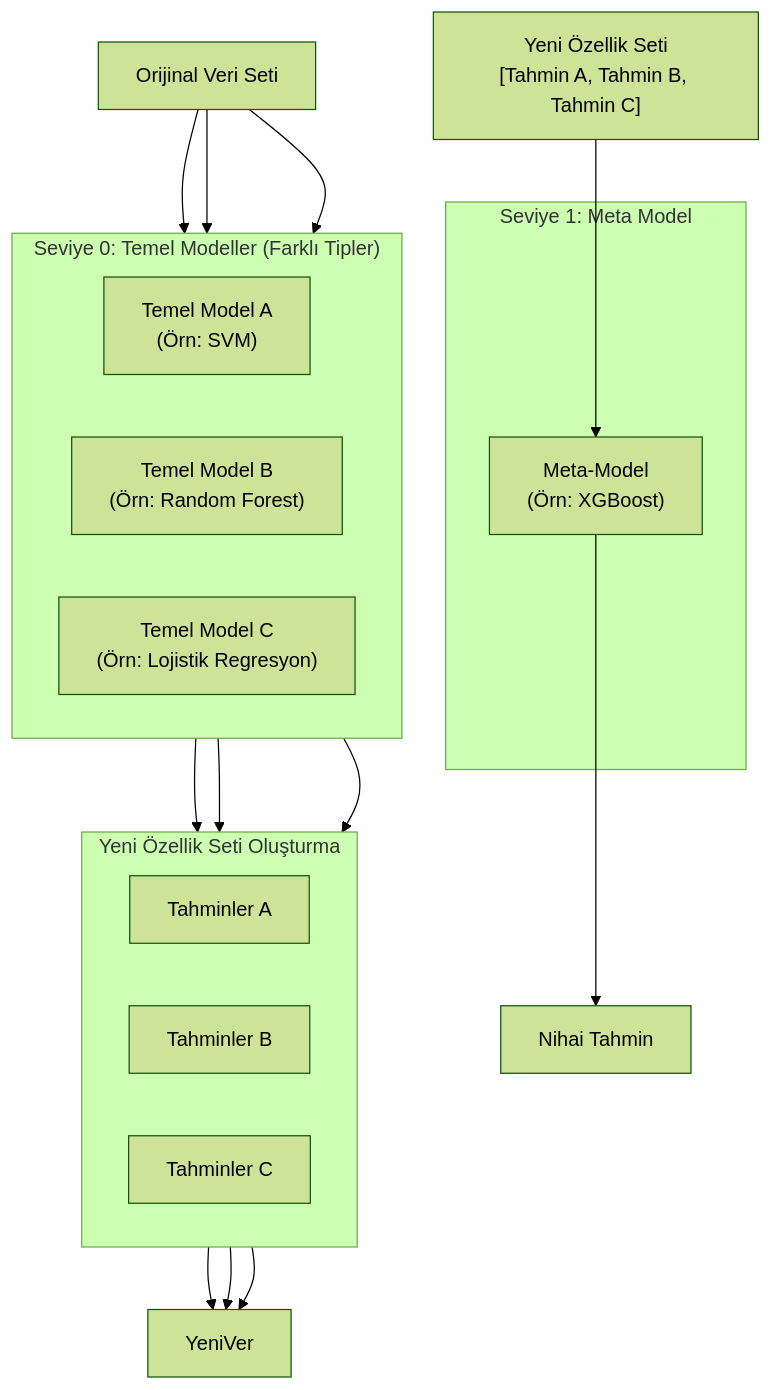
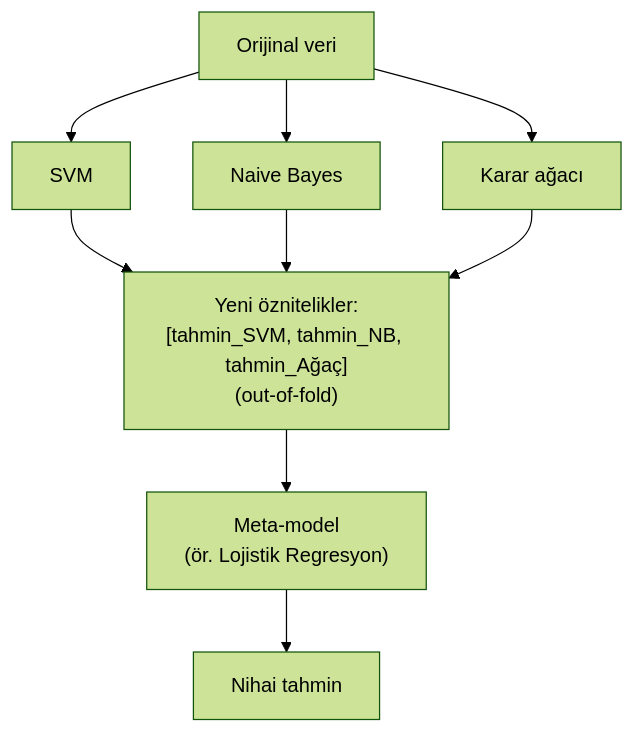
Before and after one commit to erkanozhan/machinelearning: the eighth of 12 diagrams in Ders_Notu.md, drawn with Mermaid (forest theme). The commit also changed other lines of this file and 50 other files, not shown here.

````diff
--- a/Ders_Notu.md
+++ b/Ders_Notu.md
@@ -1593,40 +1994,11 @@
 ```mermaid
 graph TD
-    A["Orijinal Veri Seti"]
-
-    subgraph "Seviye 0: Temel Modeller (Farklı Tipler)"
-        direction LR
-        M1["Temel Model A<br/>(Örn: SVM)"]
-        M2["Temel Model B<br/>(Örn: Random Forest)"]
-        M3["Temel Model C<br/>(Örn: Lojistik Regresyon)"]
-    end
-
-    A --> M1
-    A --> M2
-    A --> M3
-
-    subgraph "Yeni Özellik Seti Oluşturma"
-        direction LR
-        P1["Tahminler A"]
-        P2["Tahminler B"]
-        P3["Tahminler C"]
-    end
-
-    M1 --> P1
-    M2 --> P2
-    M3 --> P3
-
-    YeniVeri["Yeni Özellik Seti<br/>[Tahmin A, Tahmin B, Tahmin C]"]
-
-    P1 & P2 & P3 --> YeniVer
-
-    subgraph "Seviye 1: Meta Model"
-        Meta["Meta-Model<br/>(Örn: XGBoost)"]
-    end
-
-    YeniVeri --> Meta
-
-    Final["Nihai Tahmin"]
-
-    Meta --> Final
+    A["Orijinal veri"] --> M1["SVM"]
+    A --> M2["Naive Bayes"]
+    A --> M3["Karar ağacı"]
+    M1 --> P["Yeni öznitelikler:<br/>[tahmin_SVM, tahmin_NB, tahmin_Ağaç]<br/>(out-of-fold)"]
+    M2 --> P
+    M3 --> P
+    P --> META["Meta-model<br/>(ör. Lojistik Regresyon)"]
+    META --> S["Nihai tahmin"]
 ```
````
